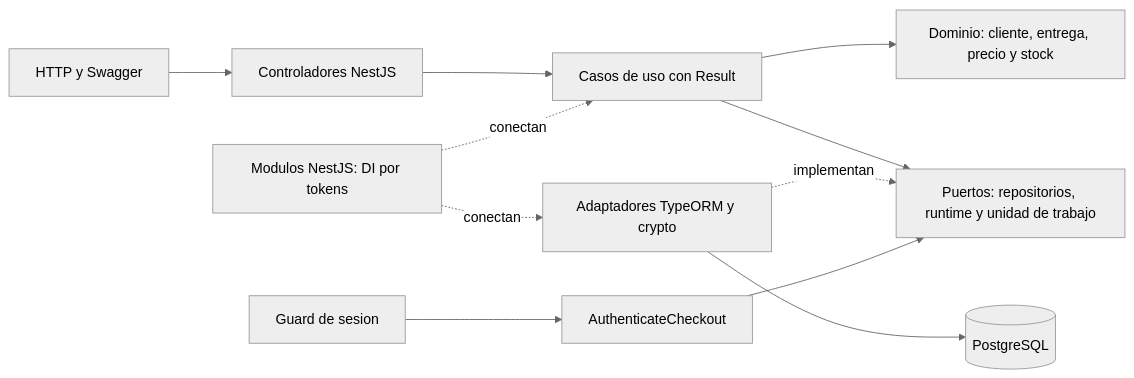
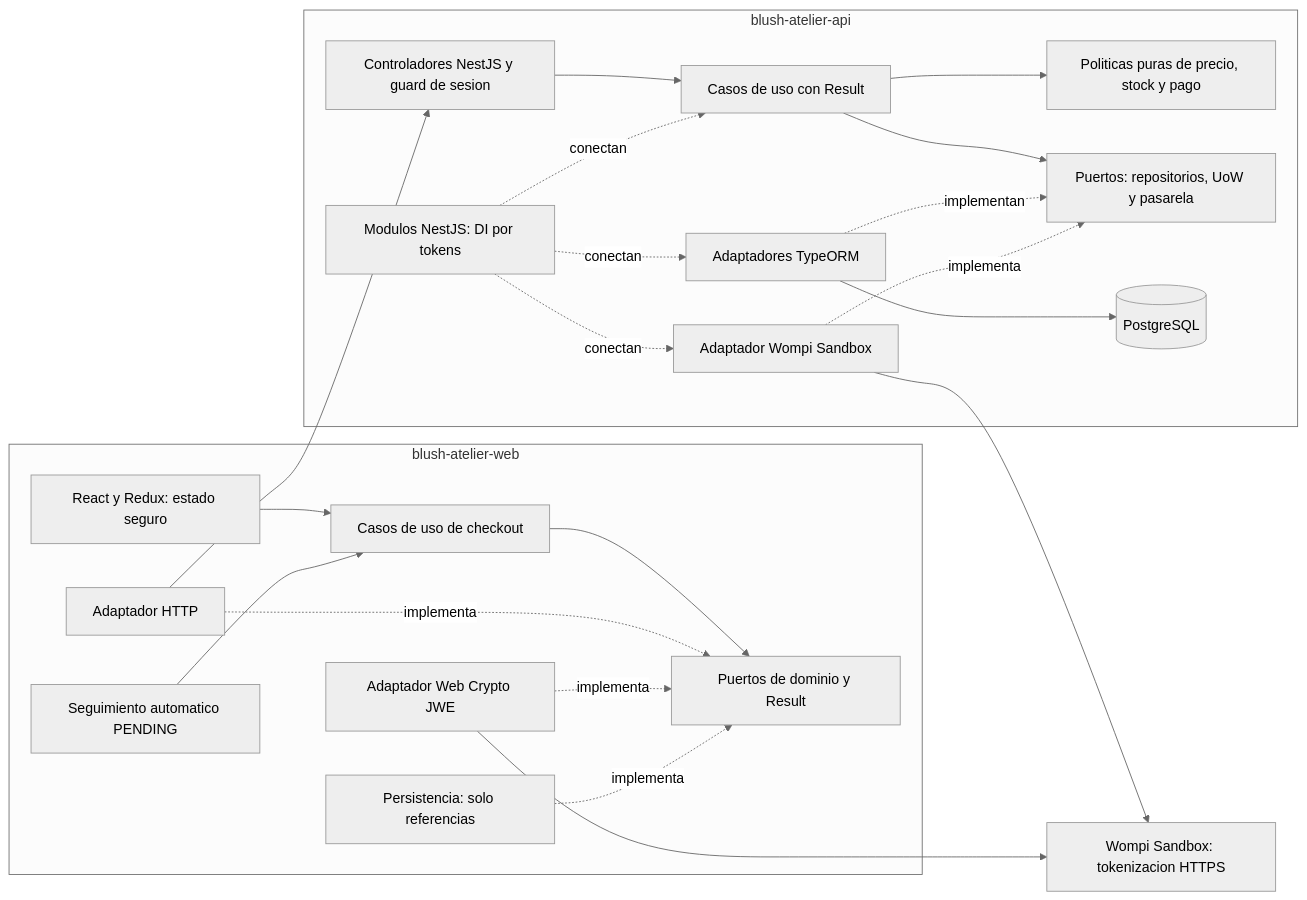
Before and after one commit to blush-atelier/blush-atelier-api: the diagram in docs/architecture.mmd, drawn with Mermaid (neutral theme). The commit also changed 14 other files, not shown here.

Commit message:
docs: sincronizar seguridad y diagramas y conservar notas solo locales

```diff
--- a/docs/architecture.mmd
+++ b/docs/architecture.mmd
@@ -1,11 +1,23 @@
 flowchart LR
-    HTTP[HTTP y Swagger] --> Controllers[Controladores NestJS]
-    Controllers --> UC[Casos de uso con Result]
-    UC --> Models[Dominio: cliente, entrega, precio y stock]
-    UC --> Ports[Puertos: repositorios, runtime y unidad de trabajo]
-    Adapters[Adaptadores TypeORM y crypto] -. implementan .-> Ports
-    Adapters --> DB[(PostgreSQL)]
-    Wiring[Modulos NestJS: DI por tokens] -. conectan .-> UC
-    Wiring -. conectan .-> Adapters
-    Guard[Guard de sesion] --> Auth[AuthenticateCheckout]
-    Auth --> Ports
+    subgraph WEB[blush-atelier-web]
+        UI[React y Redux: estado seguro] --> WA[Casos de uso de checkout]
+        WA --> WP[Puertos de dominio y Result]
+        HTTP[Adaptador HTTP] -. implementa .-> WP
+        CARD[Adaptador Web Crypto JWE] -. implementa .-> WP
+        LOCAL[Persistencia: solo referencias] -. implementa .-> WP
+        SYNC[Seguimiento automatico PENDING] --> WA
+    end
+    subgraph API[blush-atelier-api]
+        CTRL[Controladores NestJS y guard de sesion] --> UC[Casos de uso con Result]
+        UC --> DOMAIN[Politicas puras de precio, stock y pago]
+        UC --> PORTS[Puertos: repositorios, UoW y pasarela]
+        ORM[Adaptadores TypeORM] -. implementan .-> PORTS
+        WOMPI[Adaptador Wompi Sandbox] -. implementa .-> PORTS
+        DI[Modulos NestJS: DI por tokens] -. conectan .-> UC
+        DI -. conectan .-> ORM
+        DI -. conectan .-> WOMPI
+        ORM --> DB[(PostgreSQL)]
+    end
+    HTTP --> CTRL
+    CARD --> PROVIDER[Wompi Sandbox: tokenizacion HTTPS]
+    WOMPI --> PROVIDER
```
